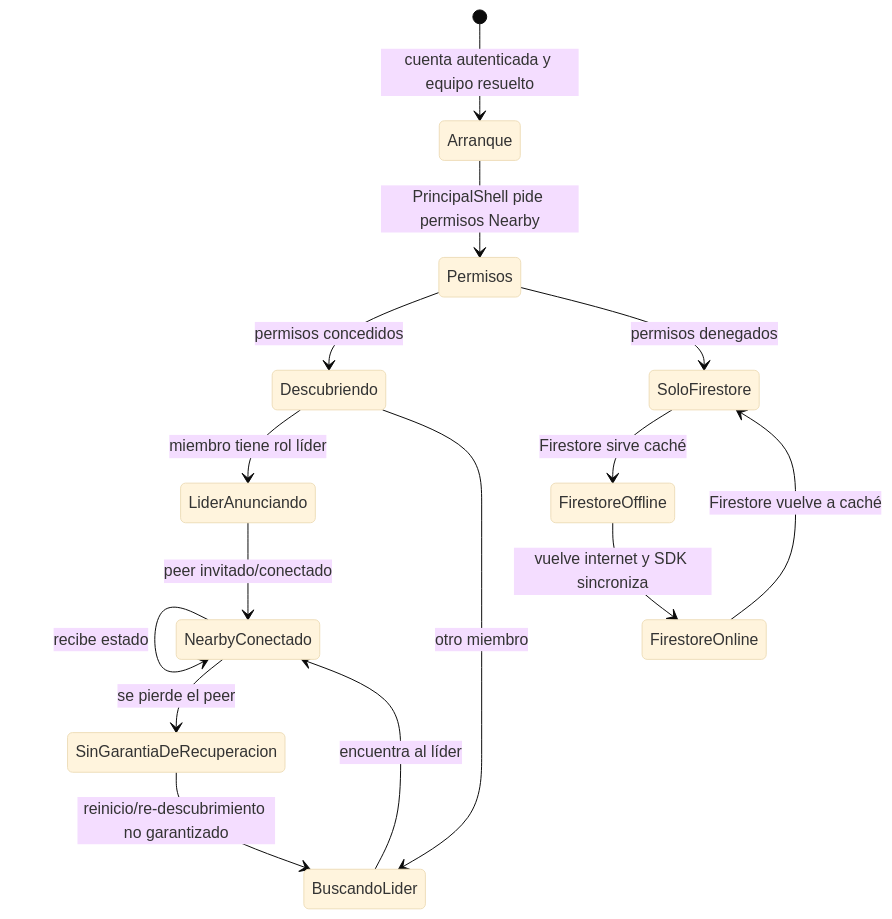
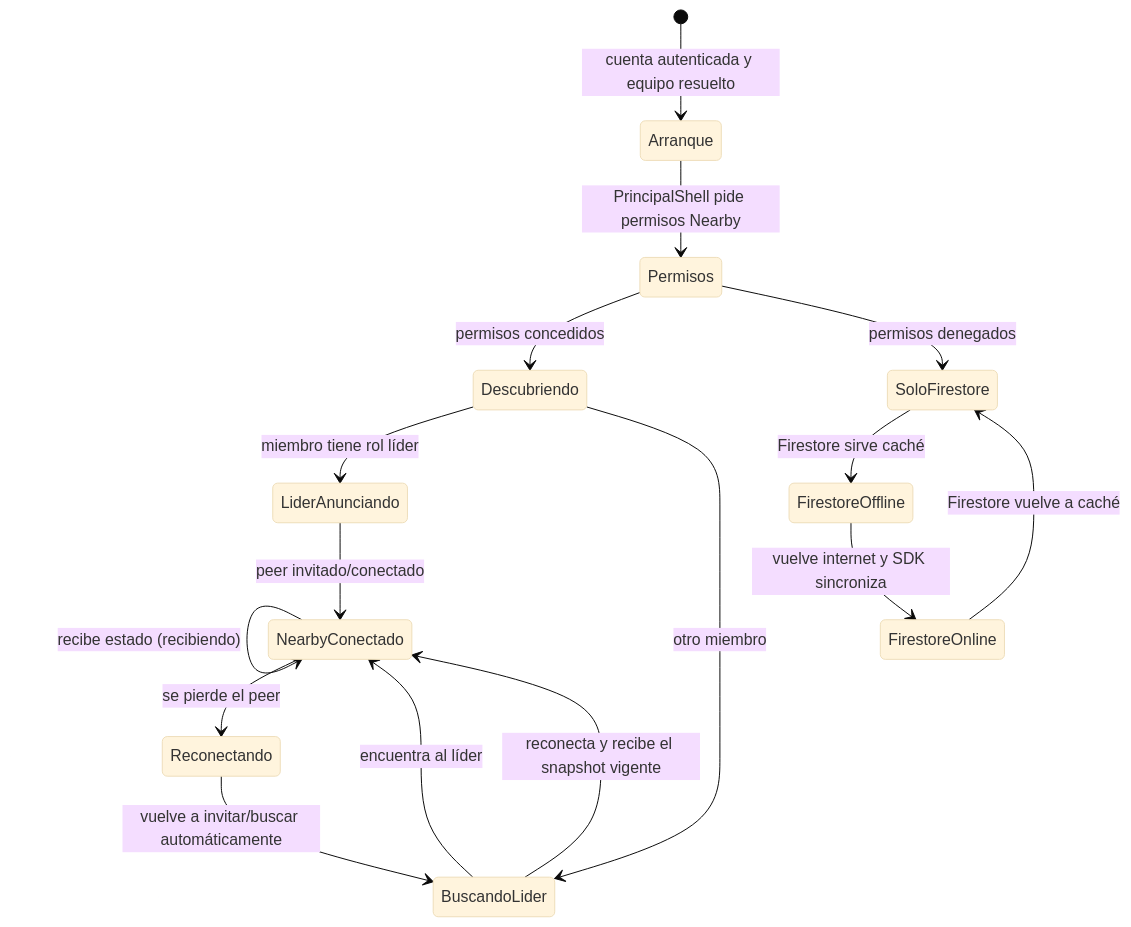
One commit to Lualvarad0/Unisono changed the third of 3 diagrams in docs/ARCHITECTURE.md. Above: the diagram before and after it, drawn with Mermaid (base theme). The commit also changed other lines of this file and 9 other files, not shown here.

````diff
--- a/docs/ARCHITECTURE.md
+++ b/docs/ARCHITECTURE.md
@@ -179,17 +188,18 @@
 ```mermaid
 stateDiagram-v2
     [*] --> Arranque: cuenta autenticada y equipo resuelto
     Arranque --> Permisos: PrincipalShell pide permisos Nearby
     Permisos --> Descubriendo: permisos concedidos
     Permisos --> SoloFirestore: permisos denegados
     Descubriendo --> LiderAnunciando: miembro tiene rol líder
     Descubriendo --> BuscandoLider: otro miembro
     LiderAnunciando --> NearbyConectado: peer invitado/conectado
     BuscandoLider --> NearbyConectado: encuentra al líder
-    NearbyConectado --> NearbyConectado: recibe estado
-    NearbyConectado --> SinGarantiaDeRecuperacion: se pierde el peer
-    SinGarantiaDeRecuperacion --> BuscandoLider: reinicio/re-descubrimiento no garantizado
+    NearbyConectado --> NearbyConectado: recibe estado (recibiendo)
+    NearbyConectado --> Reconectando: se pierde el peer
+    Reconectando --> BuscandoLider: vuelve a invitar/buscar automáticamente
+    BuscandoLider --> NearbyConectado: reconecta y recibe el snapshot vigente
     SoloFirestore --> FirestoreOffline: Firestore sirve caché
     FirestoreOffline --> FirestoreOnline: vuelve internet y SDK sincroniza
     FirestoreOnline --> SoloFirestore: Firestore vuelve a caché
 ```
````
